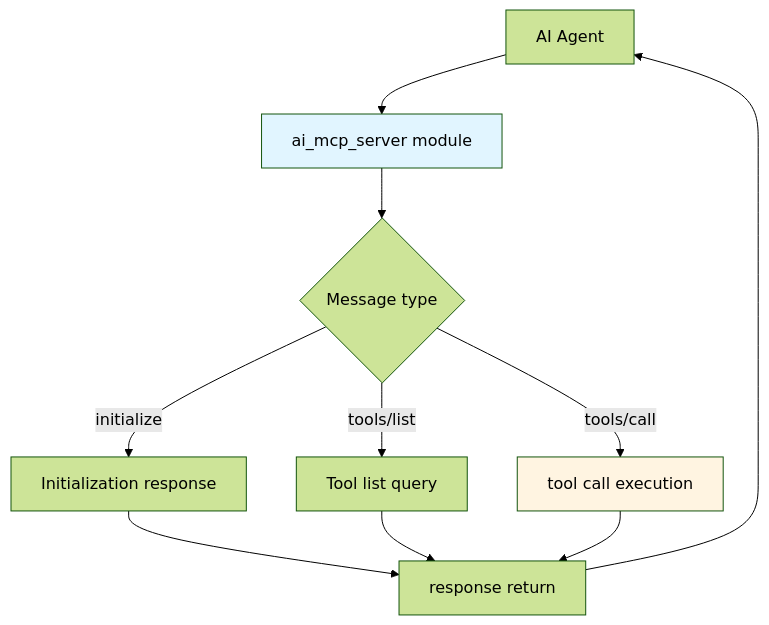
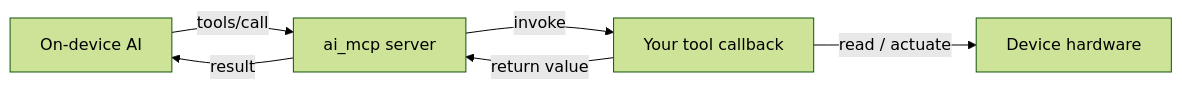
Before and after one commit to Tuya-Community/TuyaOpen.io: the diagram in docs/cloud/device-ai/ai-components/ai-mcp-server.md, drawn with Mermaid (forest theme). The commit also changed other lines of this file and 365 other files, not shown here.

````diff
--- a/docs/cloud/device-ai/ai-components/ai-mcp-server.md
+++ b/docs/cloud/device-ai/ai-components/ai-mcp-server.md
@@ -35,16 +19,8 @@
 ```mermaid
-flowchart TD
-A[AI Agent] --> B[ai_mcp_server module]
-B --> C{Message type}
-C -->|initialize| D[Initialization response]
-C -->|tools/list| E[Tool list query]
-C -->|tools/call| F[tool call execution]
-    
-D --> G[response return]
-    E --> G
-    F --> G
-    G --> A
-    
-    style B fill:#e1f5ff
-    style F fill:#fff4e1
+flowchart LR
+    AI[On-device AI] -->|tools/call| Server[ai_mcp server]
+    Server -->|invoke| Tool[Your tool callback]
+    Tool -->|read / actuate| HW[Device hardware]
+    Tool -->|return value| Server
+    Server -->|result| AI
 ```
````
